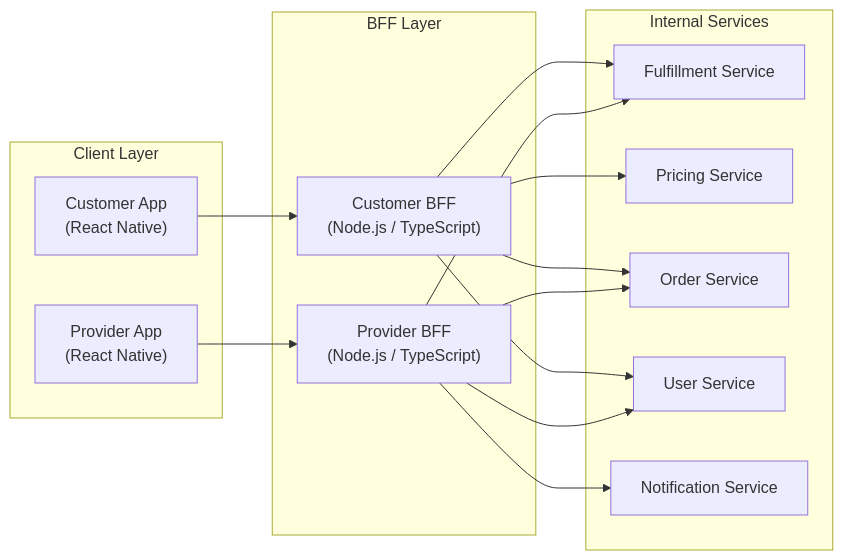
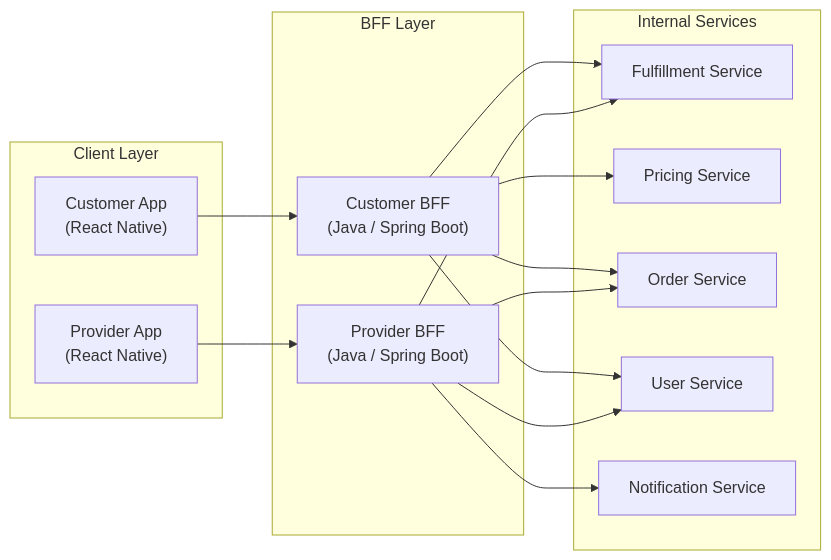
The first of 5 diagrams in 09-mobile-and-frontend/01-mobile-standards.md (rishikeshdhokare/platform-manifesto), drawn with Mermaid before and after one commit. The commit also changed other lines of this file and 3 other files, not shown here.

First line of the commit message:
fix: resolve 4 HIGH conflicts (BFF runtime, schema subject, migration window, flag key format)

````diff
--- a/09-mobile-and-frontend/01-mobile-standards.md
+++ b/09-mobile-and-frontend/01-mobile-standards.md
@@ -68,31 +68,31 @@
 ```mermaid
 flowchart LR
     subgraph "Client Layer"
         RA["Customer App\n(React Native)"]
         DA["Provider App\n(React Native)"]
     end
 
     subgraph "BFF Layer"
-        RBFF["Customer BFF\n(Node.js / TypeScript)"]
-        DBFF["Provider BFF\n(Node.js / TypeScript)"]
+        RBFF["Customer BFF\n(Java / Spring Boot)"]
+        DBFF["Provider BFF\n(Java / Spring Boot)"]
     end
 
     subgraph "Internal Services"
         MS["Fulfillment Service"]
         PS["Pricing Service"]
         TS["Order Service"]
         US["User Service"]
         NS["Notification Service"]
     end
 
     RA --> RBFF
     DA --> DBFF
     RBFF --> MS
     RBFF --> PS
     RBFF --> TS
     RBFF --> US
     DBFF --> MS
     DBFF --> TS
     DBFF --> US
     DBFF --> NS
 ```
````
